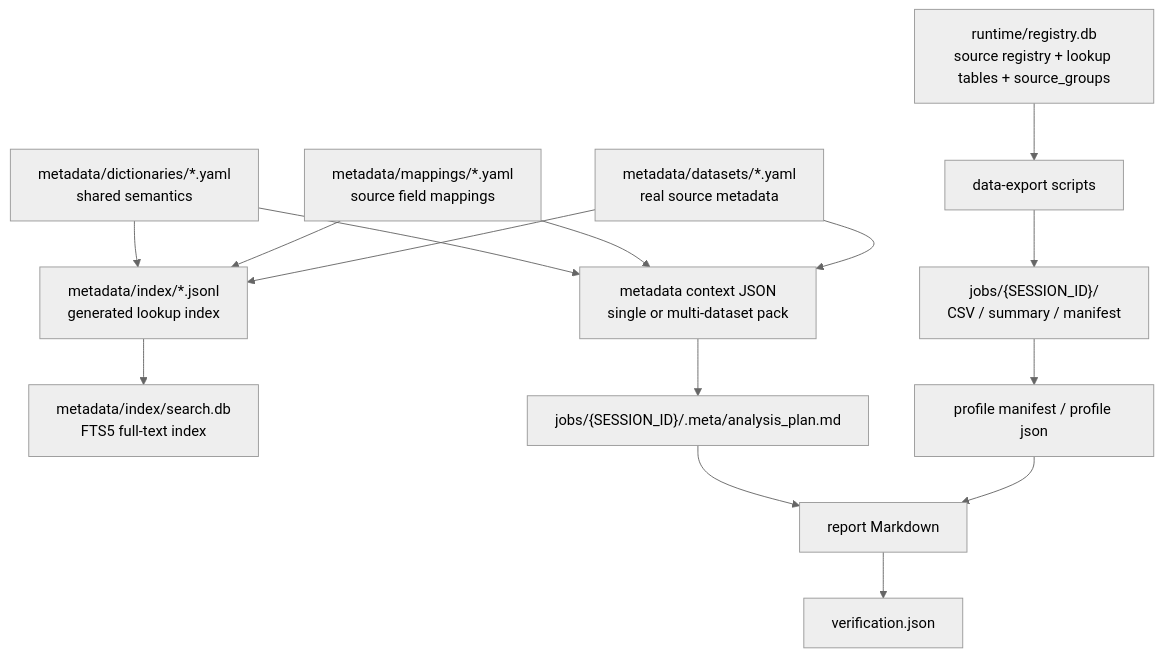
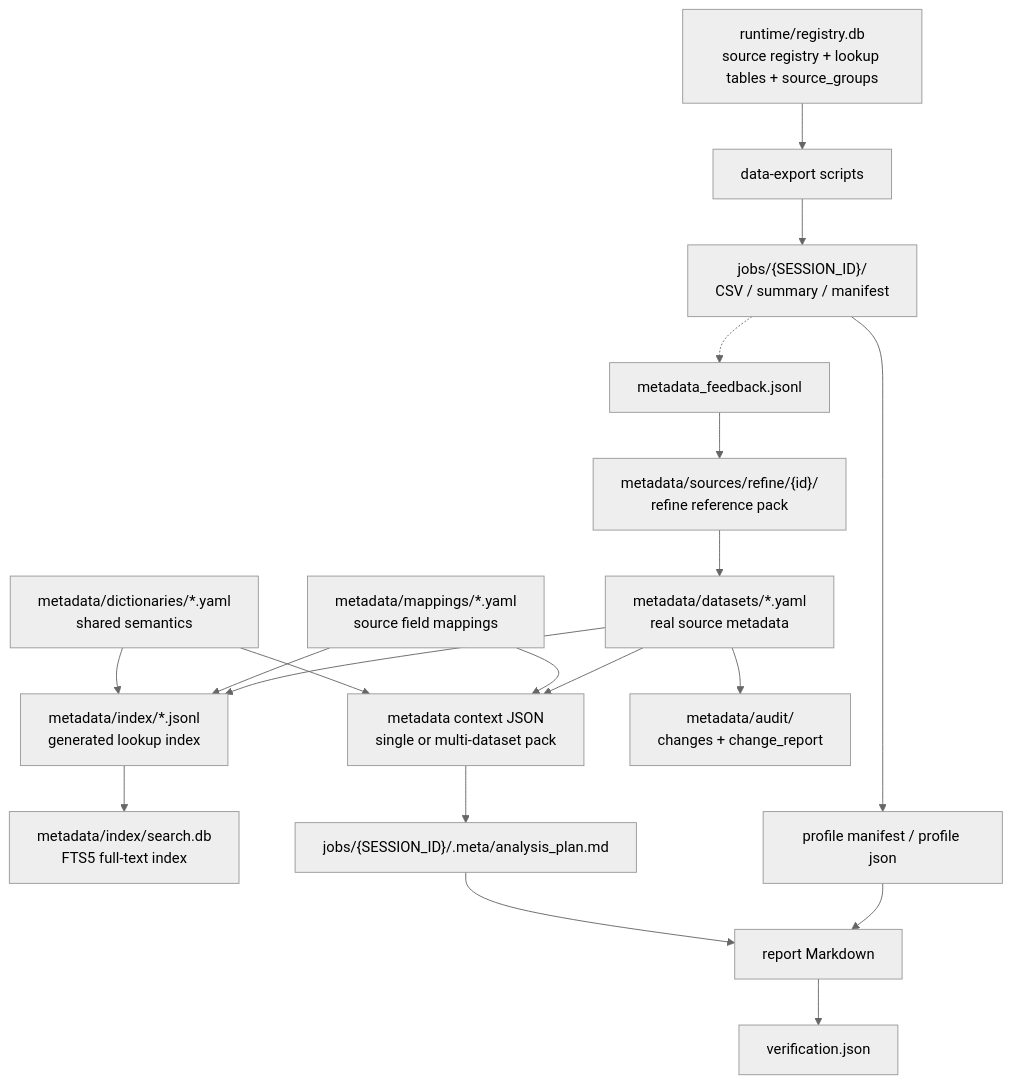
The second of 3 diagrams in docs/architecture.md (dabaige53/RealAnalyst), drawn with Mermaid (neutral theme) before and after one commit. The commit also changed other lines of this file and 36 other files, not shown here.

````diff
--- a/docs/architecture.md
+++ b/docs/architecture.md
@@ -36,17 +42,21 @@
 ```mermaid
 flowchart TD
     Dictionaries["metadata/dictionaries/*.yaml<br/>shared semantics"] --> IndexFile["metadata/index/*.jsonl<br/>generated lookup index"]
     Mappings["metadata/mappings/*.yaml<br/>source field mappings"] --> IndexFile
     Dataset["metadata/datasets/*.yaml<br/>real source metadata"] --> IndexFile
     IndexFile --> FTS5["metadata/index/search.db<br/>FTS5 full-text index"]
     Dictionaries --> ContextJson["metadata context JSON<br/>single or multi-dataset pack"]
     Mappings --> ContextJson
     Dataset --> ContextJson
     Registry["runtime/registry.db<br/>source registry + lookup tables + source_groups"] --> ExportScript["data-export scripts"]
     ContextJson --> PlanDoc["jobs/{SESSION_ID}/.meta/analysis_plan.md"]
     ExportScript --> JobData["jobs/{SESSION_ID}/<br/>CSV / summary / manifest"]
     JobData --> ProfileJson["profile manifest / profile json"]
     PlanDoc --> ReportMd["report Markdown"]
     ProfileJson --> ReportMd
     ReportMd --> Verification["verification.json"]
+    JobData -.-> Feedback["metadata_feedback.jsonl"]
+    Feedback --> RefinePack["metadata/sources/refine/{id}/<br/>refine reference pack"]
+    RefinePack --> Dataset
+    Dataset --> AuditLog["metadata/audit/<br/>changes + change_report"]
 ```
````
